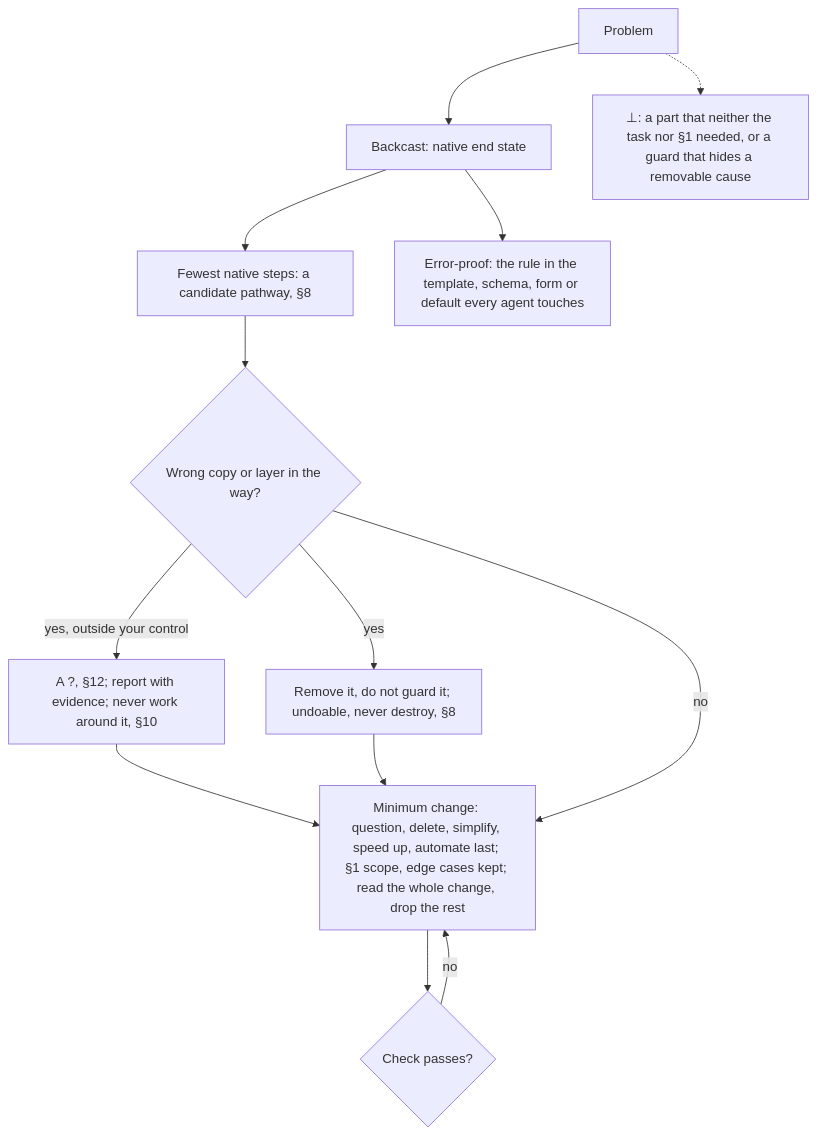
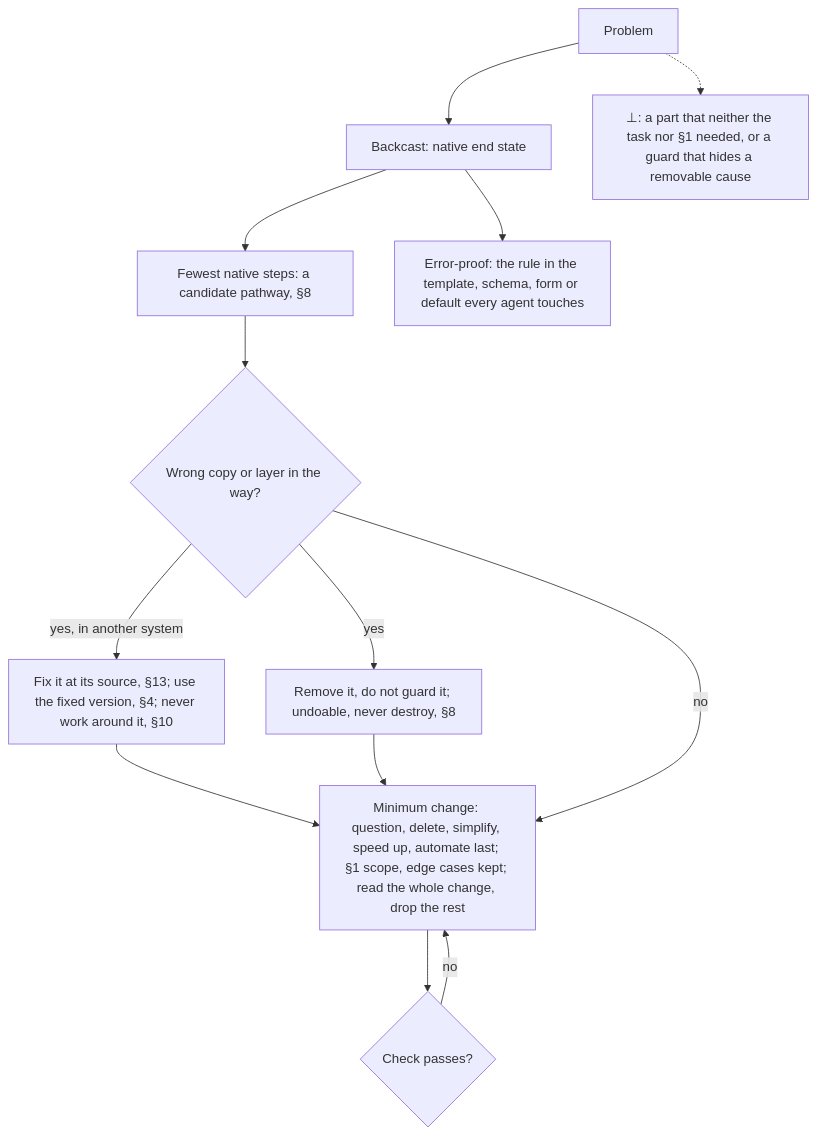
Before and after one commit to SolenixAI/arbiter: the tenth of 14 diagrams in AGENTS.md, drawn with Mermaid. The commit also changed other lines of this file, not shown here.

````diff
--- a/AGENTS.md
+++ b/AGENTS.md
@@ -372,11 +372,11 @@
 ```mermaid
 flowchart TD
   P[Problem] --> E["Backcast: native end state"] --> N["Fewest native steps: a candidate pathway, §8"]
   E --> RB["Error-proof: the rule in the template, schema, form or default every agent touches"]
   N --> W{Wrong copy or layer in the way?}
-  W -->|yes, outside your control| TU["A ?, §12; report with evidence; never work around it, §10"] --> M
+  W -->|yes, in another system| TU["Fix it at its source, §13; use the fixed version, §4; never work around it, §10"] --> M
   W -->|yes| X["Remove it, do not guard it; undoable, never destroy, §8"] --> M
   W -->|no| M["Minimum change: question, delete, simplify, speed up, automate last; §1 scope, edge cases kept; read the whole change, drop the rest"] --> C{Check passes?}
   C -->|no| M
   P -.-> BOT["⊥: a part that neither the task nor §1 needed, or a guard that hides a removable cause"]
 ```
````
